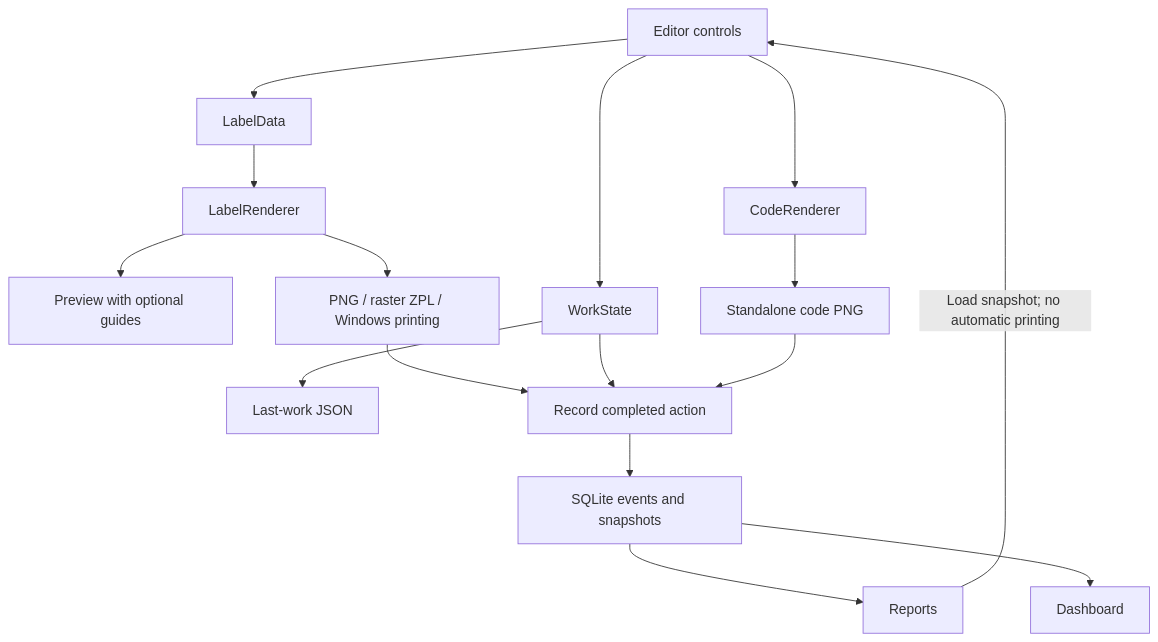
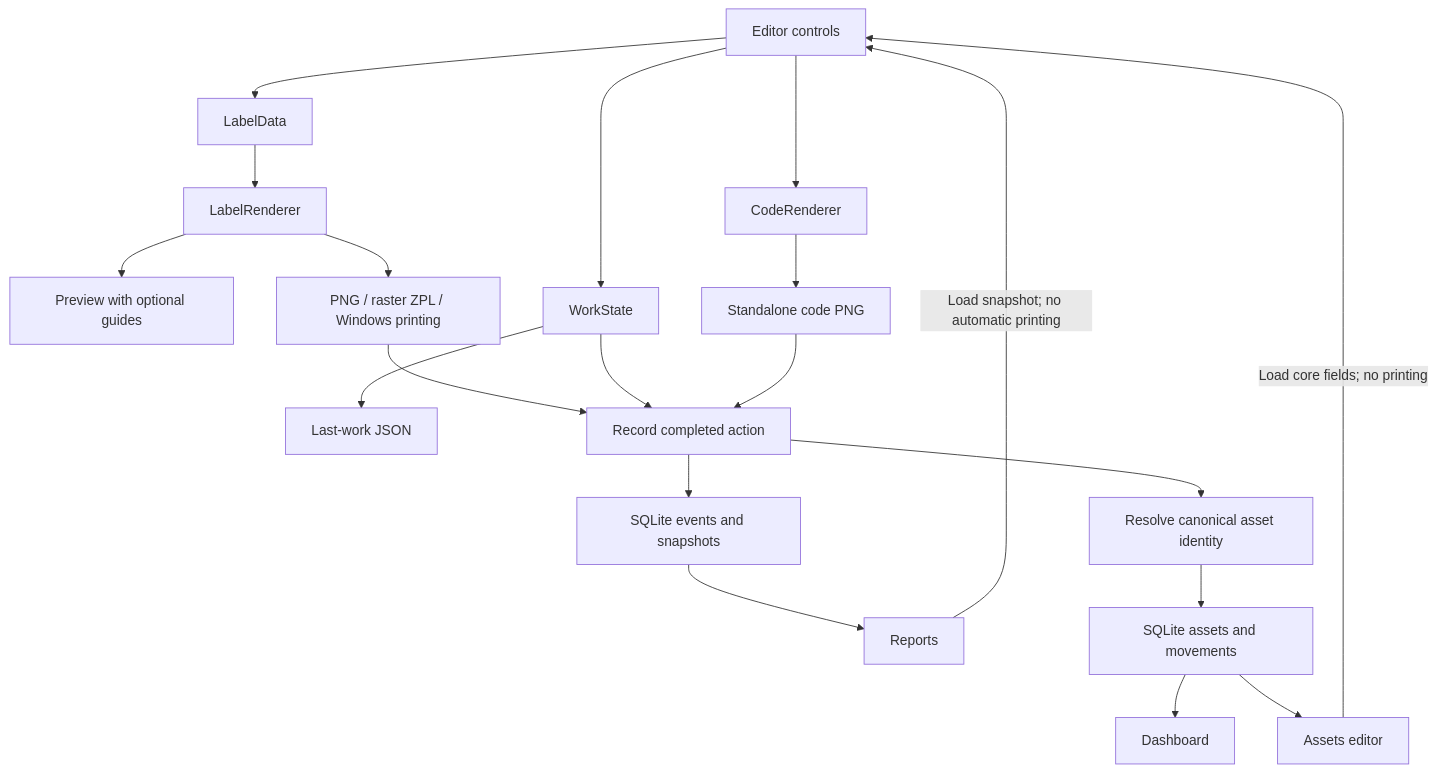
The diagram in docs/ARCHITECTURE.md (dafermen/TagPrinter), drawn with Mermaid before and after one commit. The commit also changed other lines of this file and 51 other files, not shown here.

Commit message:
Add Fluent actions and canonical local asset administration

````diff
--- a/docs/ARCHITECTURE.md
+++ b/docs/ARCHITECTURE.md
@@ -28,18 +32,22 @@
 ```mermaid
 flowchart TD
     A[Editor controls] --> B[LabelData]
     B --> C[LabelRenderer]
     C --> D[Preview with optional guides]
     C --> E[PNG / raster ZPL / Windows printing]
     A --> F[WorkState]
     F --> G[Last-work JSON]
     E --> H[Record completed action]
     F --> H
     H --> I[SQLite events and snapshots]
     I --> J[Reports]
-    I --> K[Dashboard]
+    H --> N[Resolve canonical asset identity]
+    N --> O[SQLite assets and movements]
+    O --> K[Dashboard]
+    O --> P[Assets editor]
+    P -->|Load core fields; no printing| A
     J -->|Load snapshot; no automatic printing| A
     A --> L[CodeRenderer]
     L --> M[Standalone code PNG]
     M --> H
 ```
````
